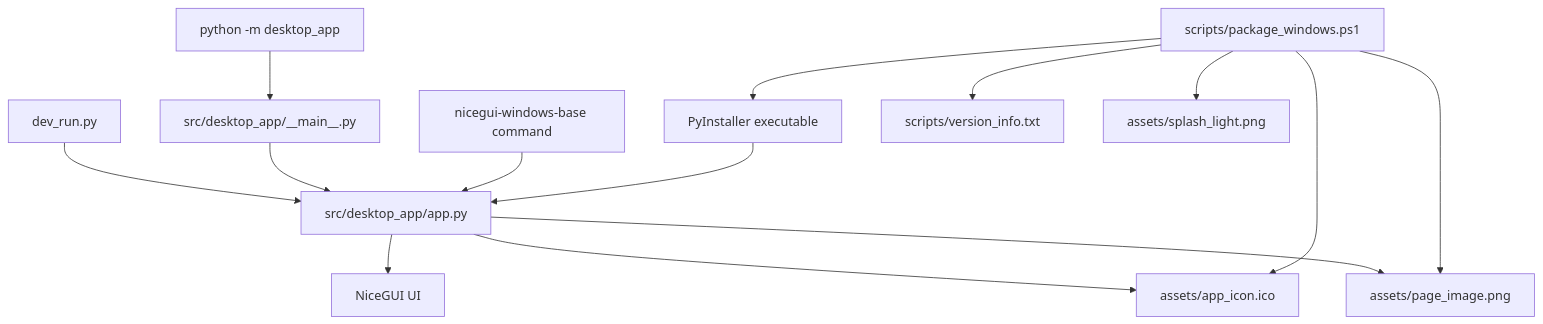
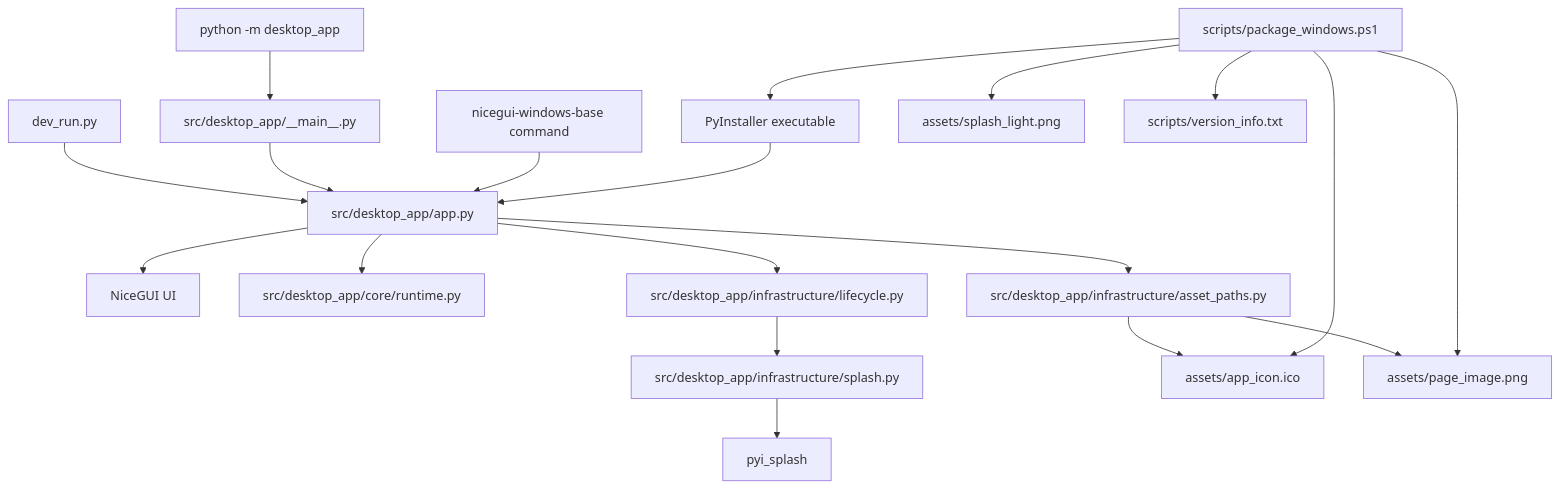
Before and after one commit to Fonze81/NiceGui-Windows-Base: the diagram in docs/README.md, drawn with Mermaid. The commit also changed other lines of this file and 12 other files, not shown here.

````diff
--- a/docs/README.md
+++ b/docs/README.md
@@ -25,16 +41,24 @@
 ```mermaid
 flowchart TD
     A[dev_run.py] --> B[src/desktop_app/app.py]
     C[python -m desktop_app] --> D[src/desktop_app/__main__.py]
     D --> B
     E[nicegui-windows-base command] --> B
     F[PyInstaller executable] --> B
+
     B --> G[NiceGUI UI]
-    B --> H[assets/app_icon.ico]
-    B --> I[assets/page_image.png]
-    J[scripts/package_windows.ps1] --> F
-    J --> H
-    J --> I
-    J --> K[scripts/version_info.txt]
-    J --> L[assets/splash_light.png]
+    B --> H[src/desktop_app/core/runtime.py]
+    B --> I[src/desktop_app/infrastructure/asset_paths.py]
+    B --> J[src/desktop_app/infrastructure/lifecycle.py]
+    J --> K[src/desktop_app/infrastructure/splash.py]
+
+    I --> L[assets/app_icon.ico]
+    I --> M[assets/page_image.png]
+    K --> N[pyi_splash]
+
+    O[scripts/package_windows.ps1] --> F
+    O --> L
+    O --> M
+    O --> P[assets/splash_light.png]
+    O --> Q[scripts/version_info.txt]
 ```
````
